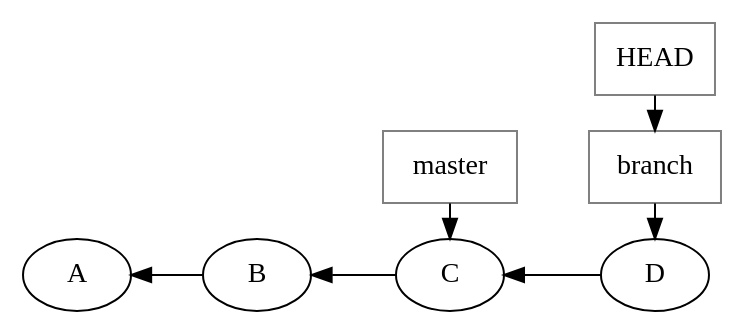
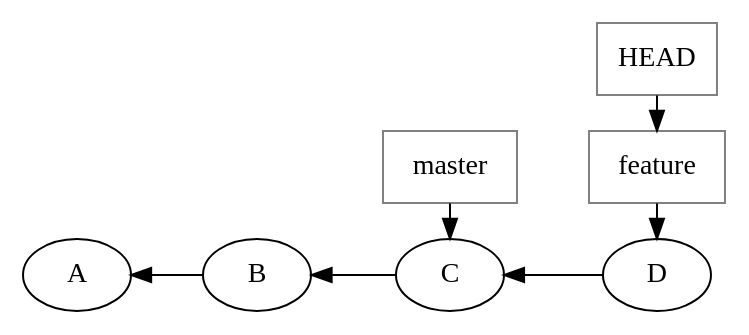
Before and after one commit to maartenberg/gitgud: the diagram in graphs/branching4.gv, drawn with Graphviz. The commit also changed 20 other files, not shown here.

```diff
--- a/graphs/branching4.gv
+++ b/graphs/branching4.gv
@@ -1,13 +1,13 @@
 digraph repo {
 	rankdir="RL";
 	C -> B;
 	B -> A;
 	D -> C;
 	node [rank=3,shape=box, color=grey] master;
-	node [rank=3,shape=box, color=grey] branch;
+	node [rank=3,shape=box, color=grey] feature;
 	master -> C;
-	HEAD -> branch;
-	branch -> D;
+	HEAD -> feature;
+	feature -> D;
 	{ rank = same; C; master;}
-	{ rank = same; D; branch; HEAD;}
+	{ rank = same; D; feature; HEAD;}
 }
```
